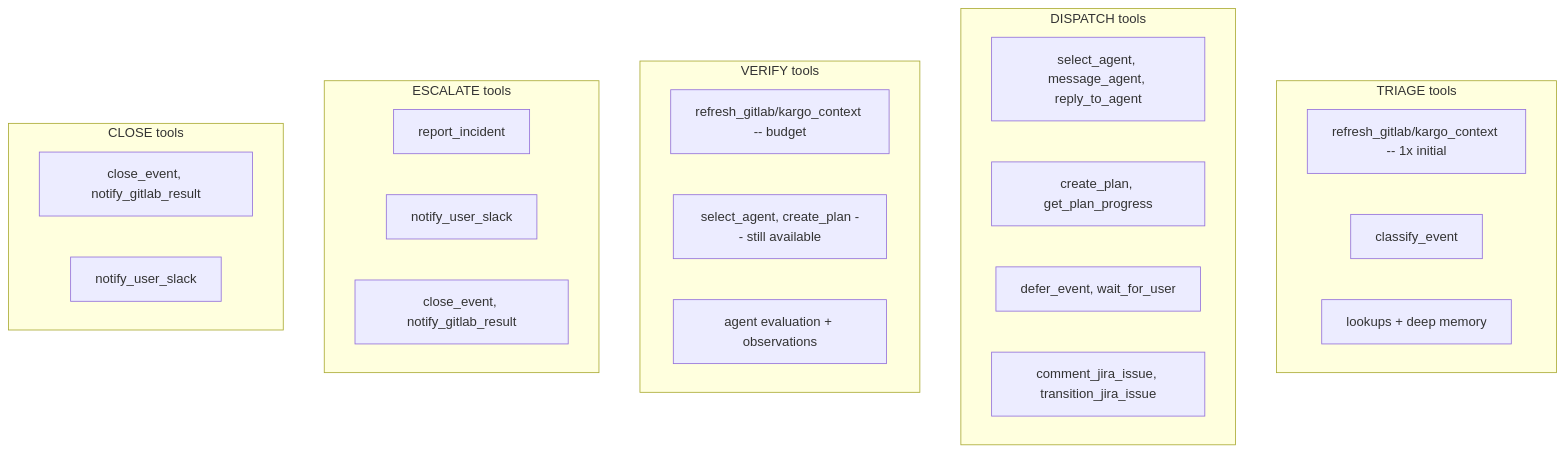
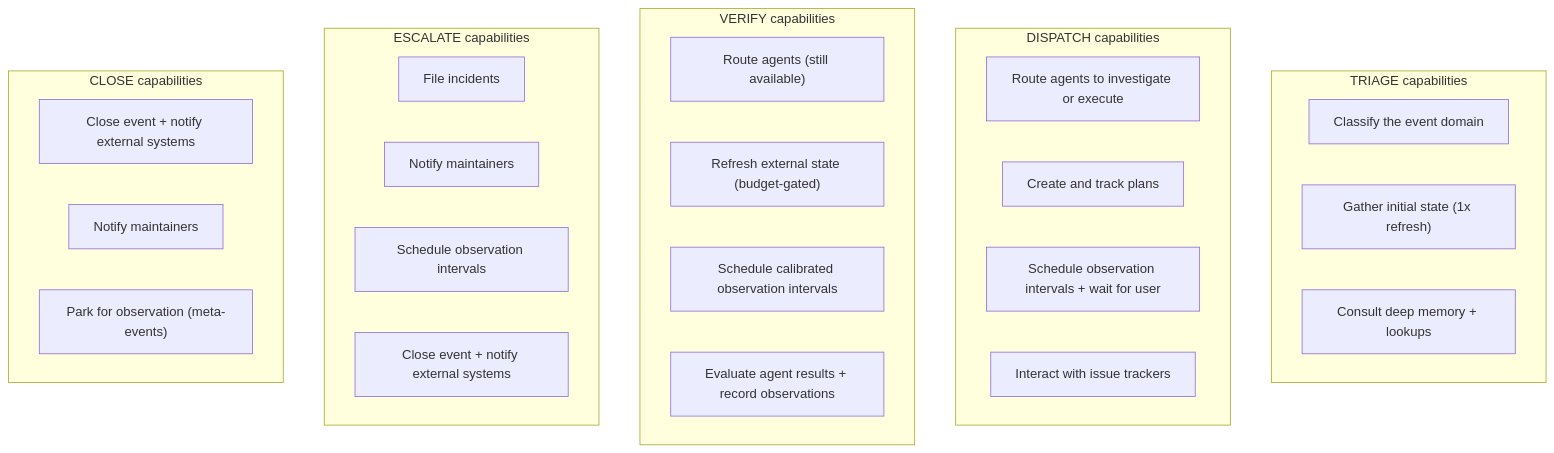
The third of 5 diagrams in src/agents/brain_skills/always/09-phase-lifecycle.md (The-Darwin-Project/Blackboard), drawn with Mermaid before and after one commit. The commit also changed other lines of this file and 9 other files, not shown here.

````diff
--- a/src/agents/brain_skills/always/09-phase-lifecycle.md
+++ b/src/agents/brain_skills/always/09-phase-lifecycle.md
@@ -73,32 +73,35 @@
 ```mermaid
 graph TD
-    subgraph triage ["TRIAGE tools"]
-        T_refresh["refresh_gitlab/kargo_context -- 1x initial"]
-        T_classify["classify_event"]
-        T_lookups["lookups + deep memory"]
+    subgraph triage ["TRIAGE capabilities"]
+        T1["Classify the event domain"]
+        T2["Gather initial state (1x refresh)"]
+        T3["Consult deep memory + lookups"]
     end
 
-    subgraph dispatch ["DISPATCH tools"]
-        D_agent["select_agent, message_agent, reply_to_agent"]
-        D_plan["create_plan, get_plan_progress"]
-        D_defer["defer_event, wait_for_user"]
-        D_jira["comment_jira_issue, transition_jira_issue"]
+    subgraph dispatch ["DISPATCH capabilities"]
+        D1["Route agents to investigate or execute"]
+        D2["Create and track plans"]
+        D3["Schedule observation intervals + wait for user"]
+        D4["Interact with issue trackers"]
     end
 
-    subgraph verify ["VERIFY tools"]
-        V_refresh["refresh_gitlab/kargo_context -- budget"]
-        V_dispatch["select_agent, create_plan -- still available"]
-        V_eval["agent evaluation + observations"]
+    subgraph verify ["VERIFY capabilities"]
+        D1b["Route agents (still available)"]
+        V1["Refresh external state (budget-gated)"]
+        V2["Schedule calibrated observation intervals"]
+        V3["Evaluate agent results + record observations"]
     end
 
-    subgraph escalateTools ["ESCALATE tools"]
-        E_incident["report_incident"]
-        E_notify["notify_user_slack"]
-        E_close["close_event, notify_gitlab_result"]
+    subgraph escalateTools ["ESCALATE capabilities"]
+        E1["File incidents"]
+        E2["Notify maintainers"]
+        E3["Schedule observation intervals"]
+        E4["Close event + notify external systems"]
     end
 
-    subgraph closeTools ["CLOSE tools"]
-        C_close["close_event, notify_gitlab_result"]
-        C_notify["notify_user_slack"]
+    subgraph closeTools ["CLOSE capabilities"]
+        C1["Close event + notify external systems"]
+        C2["Notify maintainers"]
+        C3["Park for observation (meta-events)"]
     end
 ```
````
